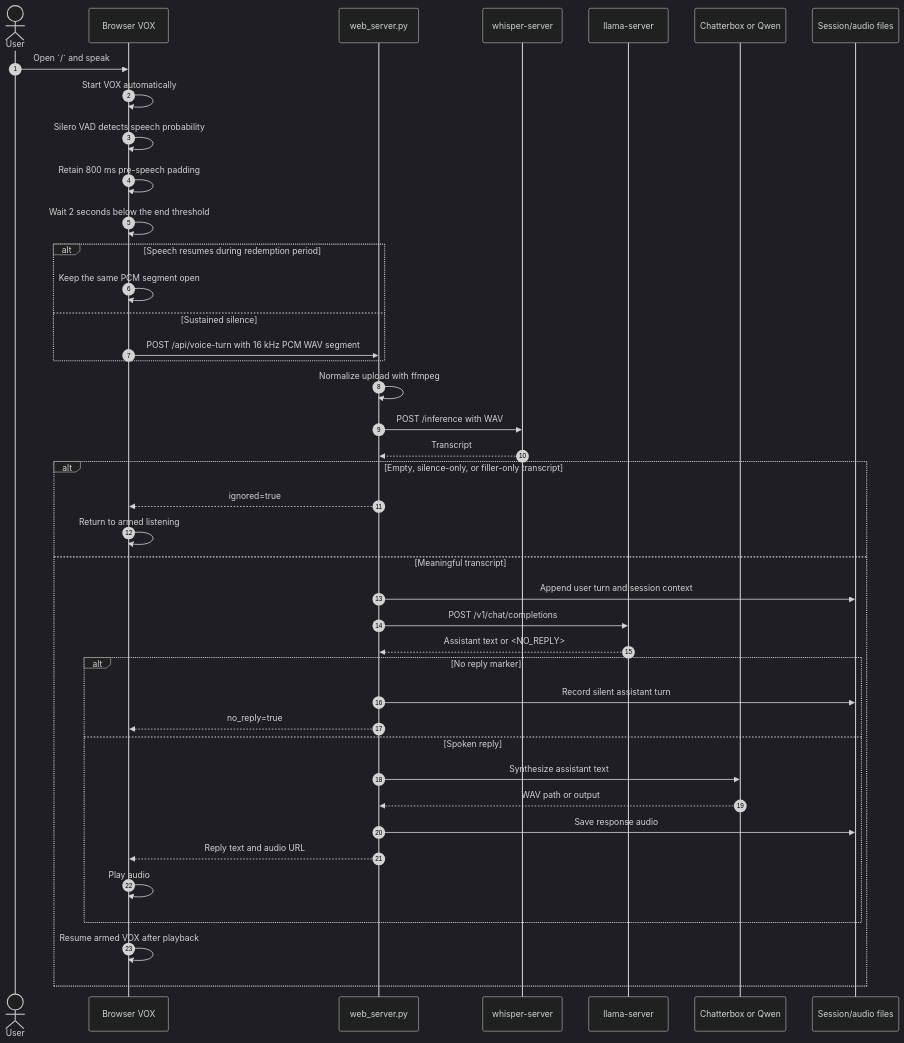
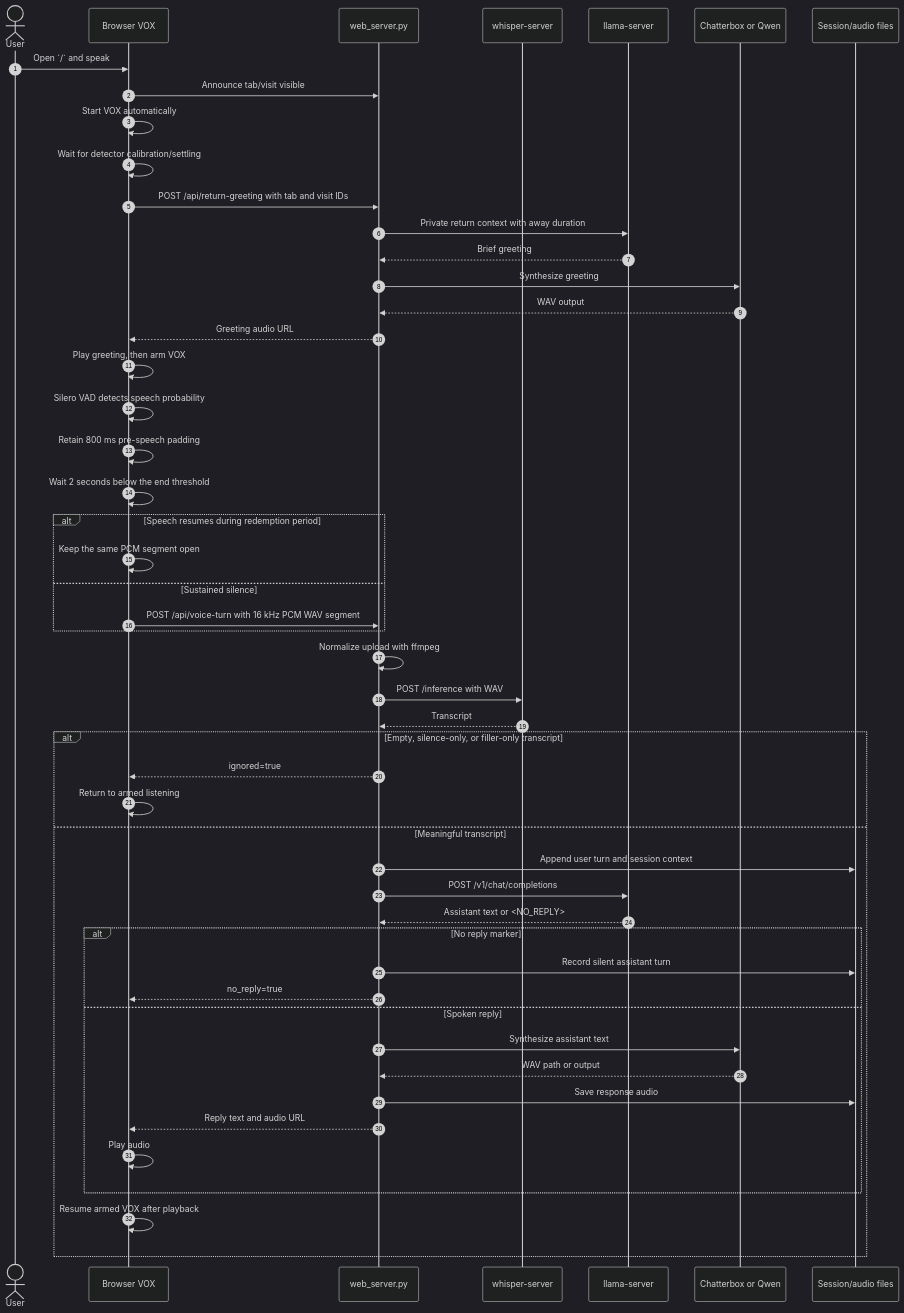
The third of 4 diagrams in docs/architecture.md (initialed85/edvox), drawn with Mermaid (dark theme) before and after one commit. The commit also changed other lines of this file and 15 other files, not shown here.

````diff
--- a/docs/architecture.md
+++ b/docs/architecture.md
@@ -136,44 +143,53 @@
 ```mermaid
 sequenceDiagram
     autonumber
     actor User
     participant Browser as Browser VOX
     participant Web as web_server.py
     participant STT as whisper-server
     participant Chat as llama-server
     participant TTS as Chatterbox or Qwen
     participant Store as Session/audio files
 
     User->>Browser: Open `/` and speak
+    Browser->>Web: Announce tab/visit visible
     Browser->>Browser: Start VOX automatically
+    Browser->>Browser: Wait for detector calibration/settling
+    Browser->>Web: POST /api/return-greeting with tab and visit IDs
+    Web->>Chat: Private return context with away duration
+    Chat-->>Web: Brief greeting
+    Web->>TTS: Synthesize greeting
+    TTS-->>Web: WAV output
+    Web-->>Browser: Greeting audio URL
+    Browser->>Browser: Play greeting, then arm VOX
     Browser->>Browser: Silero VAD detects speech probability
     Browser->>Browser: Retain 800 ms pre-speech padding
     Browser->>Browser: Wait 2 seconds below the end threshold
     alt Speech resumes during redemption period
         Browser->>Browser: Keep the same PCM segment open
     else Sustained silence
         Browser->>Web: POST /api/voice-turn with 16 kHz PCM WAV segment
     end
     Web->>Web: Normalize upload with ffmpeg
     Web->>STT: POST /inference with WAV
     STT-->>Web: Transcript
     alt Empty, silence-only, or filler-only transcript
         Web-->>Browser: ignored=true
         Browser->>Browser: Return to armed listening
     else Meaningful transcript
         Web->>Store: Append user turn and session context
         Web->>Chat: POST /v1/chat/completions
         Chat-->>Web: Assistant text or <NO_REPLY>
         alt No reply marker
             Web->>Store: Record silent assistant turn
             Web-->>Browser: no_reply=true
         else Spoken reply
             Web->>TTS: Synthesize assistant text
             TTS-->>Web: WAV path or output
             Web->>Store: Save response audio
             Web-->>Browser: Reply text and audio URL
             Browser->>Browser: Play audio
         end
         Browser->>Browser: Resume armed VOX after playback
     end
 ```
````
